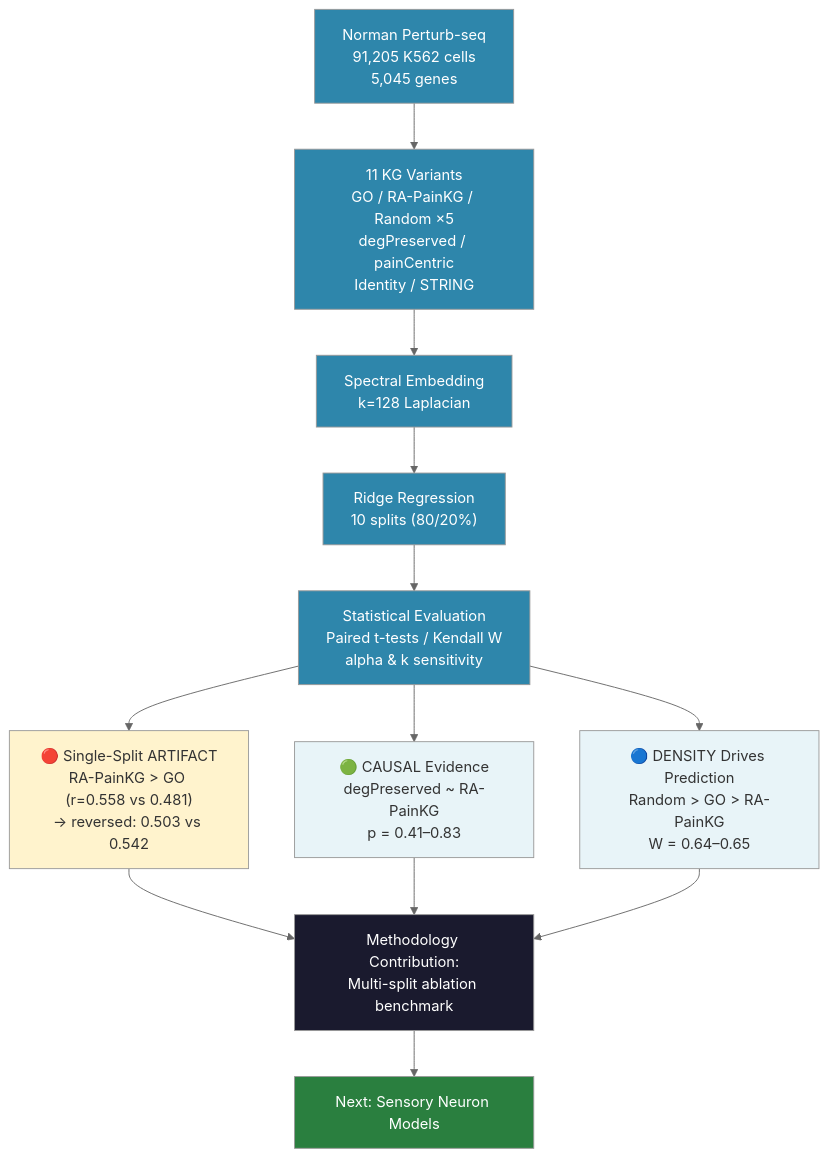
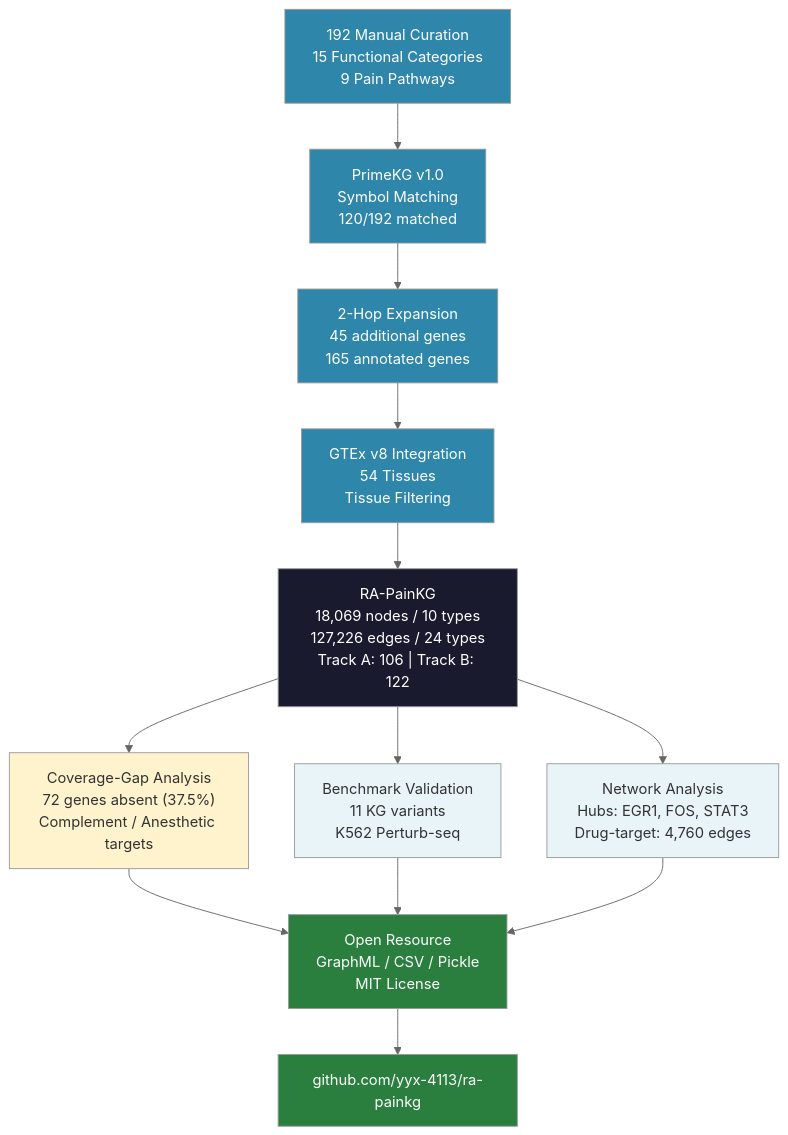
Before and after one commit to yyx-4113/ra-painkg: the diagram in submission/graphical_abstract_mermaid.md, drawn with Mermaid (neutral theme). The commit also changed other lines of this file and 5 other files, not shown here.

Commit message:
Submission package: update for Database journal - significance statement, competing interests, graphical abstract, checklist

````diff
--- a/submission/graphical_abstract_mermaid.md
+++ b/submission/graphical_abstract_mermaid.md
@@ -2,28 +1,47 @@
 ```mermaid
 flowchart TD
-    A["Norman Perturb-seq<br/>91,205 K562 cells<br/>5,045 genes"] --> B["11 KG Variants<br/>GO / RA-PainKG / Random ×5<br/>degPreserved / painCentric<br/>Identity / STRING"]
-    B --> C["Spectral Embedding<br/>k=128 Laplacian"]
-    C --> D["Ridge Regression<br/>10 splits (80/20%)"]
-    D --> E["Statistical Evaluation<br/>Paired t-tests / Kendall W<br/>alpha & k sensitivity"]
+    A["192 Manual Curation
+15 Functional Categories
+9 Pain Pathways"] --> B["PrimeKG v1.0
+Symbol Matching
+120/192 matched"]
+    B --> C["2-Hop Expansion
+45 additional genes
+165 annotated genes"]
+    C --> D["GTEx v8 Integration
+54 Tissues
+Tissue Filtering"]
+    D --> E["RA-PainKG
+18,069 nodes / 10 types
+127,226 edges / 24 types
+Track A: 106 | Track B: 122"]
     
-    E --> F1["🔴 Single-Split ARTIFACT<br/>RA-PainKG > GO (r=0.558 vs 0.481)<br/>→ reversed: 0.503 vs 0.542"]
-    E --> F2["🟢 CAUSAL Evidence<br/>degPreserved ~ RA-PainKG<br/>p = 0.41–0.83"]
-    E --> F3["🔵 DENSITY Drives Prediction<br/>Random > GO > RA-PainKG<br/>W = 0.64–0.65"]
+    E --> F1["Coverage-Gap Analysis
+72 genes absent (37.5%)
+Complement / Anesthetic targets"]
+    E --> F2["Benchmark Validation
+11 KG variants
+K562 Perturb-seq"]
+    E --> F3["Network Analysis
+Hubs: EGR1, FOS, STAT3
+Drug-target: 4,760 edges"]
     
-    F1 --> G["Methodology Contribution:<br/>Multi-split ablation benchmark"]
+    F1 --> G["Open Resource
+GraphML / CSV / Pickle
+MIT License"]
     F2 --> G
     F3 --> G
     
-    G --> H["Next: Sensory Neuron Models"]
+    G --> H["github.com/yyx-4113/ra-painkg"]
     
     style A fill:#2E86AB,color:#fff
     style B fill:#2E86AB,color:#fff
     style C fill:#2E86AB,color:#fff
     style D fill:#2E86AB,color:#fff
-    style E fill:#2E86AB,color:#fff
+    style E fill:#1a1a2e,color:#fff
     style F1 fill:#FFF3CD,color:#333
     style F2 fill:#E8F4F8,color:#333
     style F3 fill:#E8F4F8,color:#333
-    style G fill:#1a1a2e,color:#fff
+    style G fill:#2A7F3F,color:#fff
     style H fill:#2A7F3F,color:#fff
 ```
````
